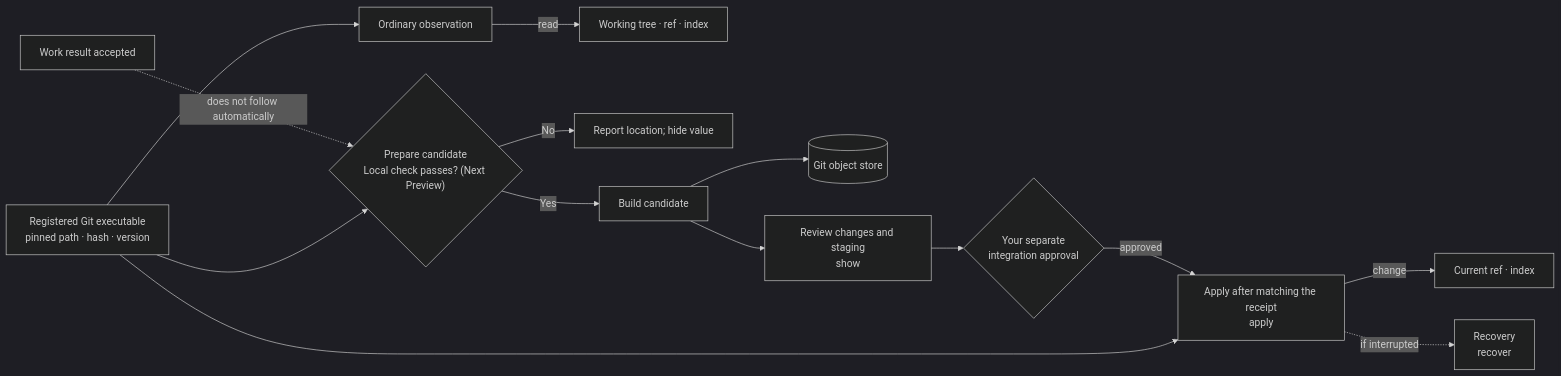
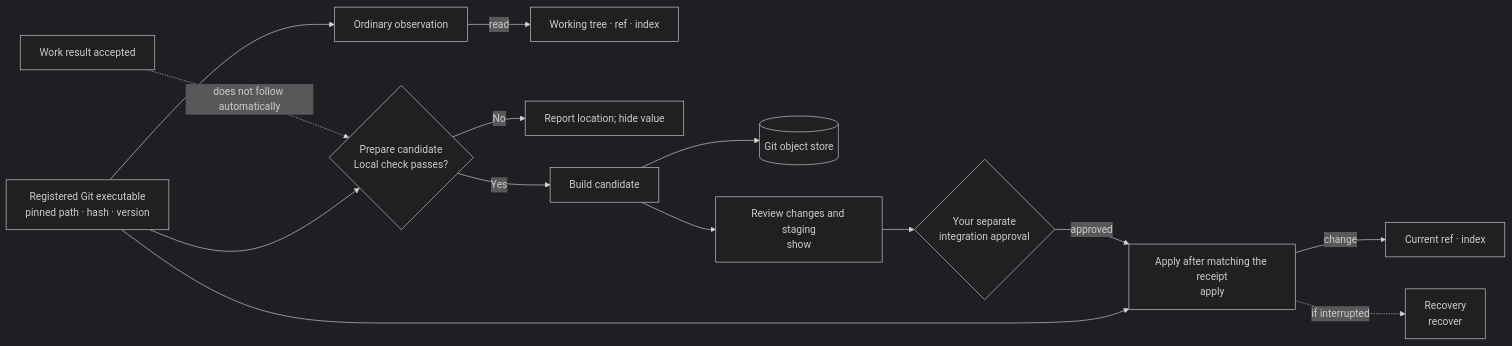
Diagram 11 of 14 in manual/en/architecture.md (kyungseo/colvia), drawn with Mermaid (dark theme) before and after one commit. The commit also changed other lines of this file and 74 other files, not shown here.

````diff
--- a/manual/en/architecture.md
+++ b/manual/en/architecture.md
@@ -435,17 +461,17 @@
 ```mermaid
 flowchart LR
     Reg["Registered Git executable<br/>pinned path · hash · version"]
     Accept["Work result accepted"] -.->|does not follow automatically| Prepare
     Observe["Ordinary observation"] -->|read| Repo["Working tree · ref · index"]
-    Prepare{"Prepare candidate<br/>Local check passes? (Next Preview)"} -->|No| Stop["Report location; hide value"]
+    Prepare{"Prepare candidate<br/>Local check passes?"} -->|No| Stop["Report location; hide value"]
     Prepare -->|Yes| Build["Build candidate"]
     Build --> Objects[("Git object store")]
     Build --> Review["Review changes and staging<br/>show"]
     Review --> Approval{"Your separate<br/>integration approval"}
     Approval -->|approved| Apply["Apply after matching the receipt<br/>apply"]
     Apply -->|change| RefIndex["Current ref · index"]
     Apply -.->|if interrupted| Recover["Recovery<br/>recover"]
     Reg --> Observe
     Reg --> Prepare
     Reg --> Apply
 ```
````
